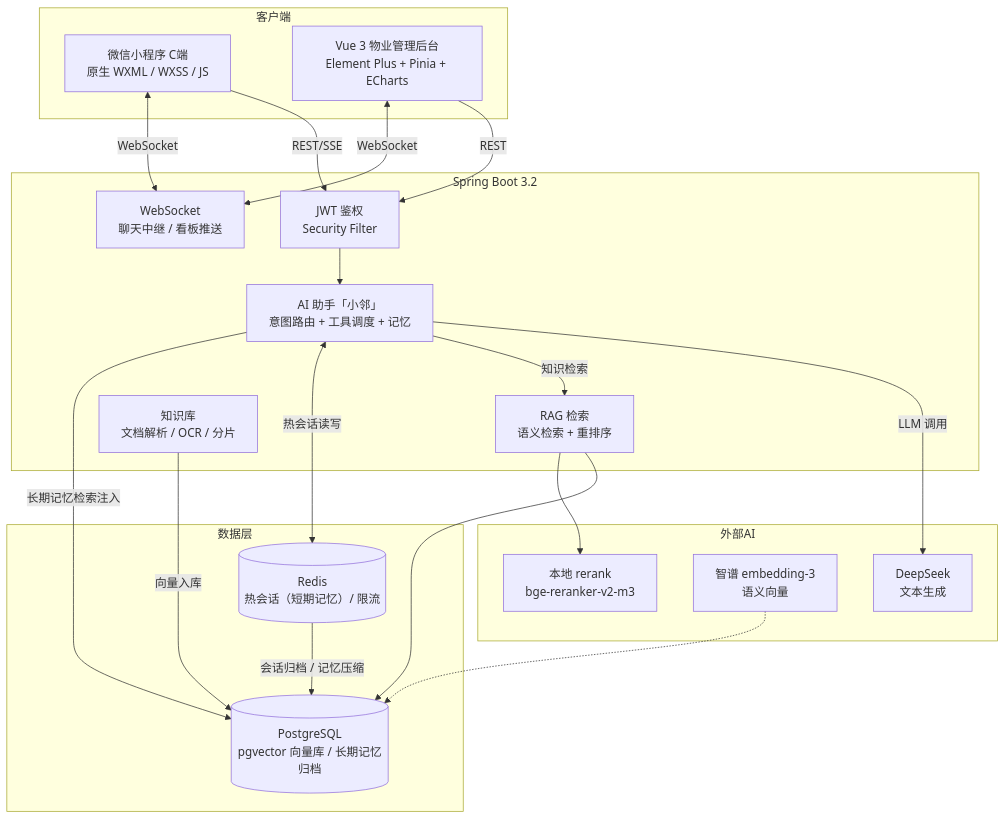
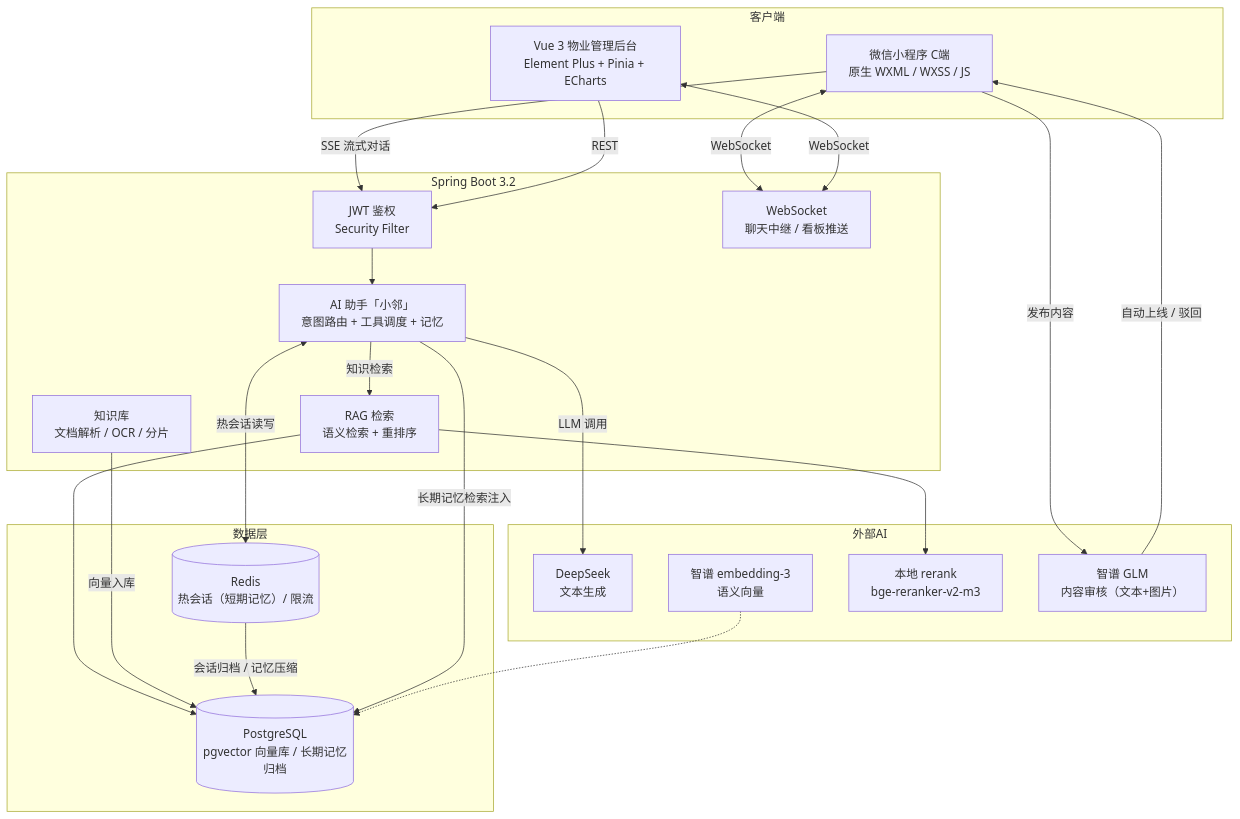
One commit to Xing-yang-git/- changed the diagram in README.md. Above: the diagram before and after it, drawn with Mermaid.

Commit message:
docs: 架构图补充内容审核链路与 SSE 流式标注

````diff
--- a/README.md
+++ b/README.md
@@ -17,41 +17,44 @@
 ```mermaid
 graph TB
     subgraph 客户端
         C["微信小程序 C端<br/>原生 WXML / WXSS / JS"]
         B["Vue 3 物业管理后台<br/>Element Plus + Pinia + ECharts"]
     end
 
     subgraph 后端 [Spring Boot 3.2]
         AUTH["JWT 鉴权<br/>Security Filter"]
         WS["WebSocket<br/>聊天中继 / 看板推送"]
         AGENT["AI 助手「小邻」<br/>意图路由 + 工具调度 + 记忆"]
         RAG["RAG 检索<br/>语义检索 + 重排序"]
         KB["知识库<br/>文档解析 / OCR / 分片"]
     end
 
     subgraph 数据层
         PG[("PostgreSQL<br/>pgvector 向量库 / 长期记忆归档")]
         REDIS[("Redis<br/>热会话（短期记忆）/ 限流")]
     end
 
     subgraph 外部AI
         LLM["DeepSeek<br/>文本生成"]
         EMB["智谱 embedding-3<br/>语义向量"]
         RERANK["本地 rerank<br/>bge-reranker-v2-m3"]
+        AUDIT["智谱 GLM<br/>内容审核（文本+图片）"]
     end
 
-    C -->|REST/SSE| AUTH
+    C -->|SSE 流式对话| AUTH
     B -->|REST| AUTH
     C <-->|WebSocket| WS
     B <-->|WebSocket| WS
     AUTH --> AGENT
     AGENT -->|LLM 调用| LLM
     AGENT -->|知识检索| RAG
     RAG --> PG
     RAG --> RERANK
     KB -->|向量入库| PG
     AGENT <-->|热会话读写| REDIS
     REDIS -->|会话归档 / 记忆压缩| PG
     AGENT -->|长期记忆检索注入| PG
+    C -->|发布内容| AUDIT
+    AUDIT -->|自动上线 / 驳回| C
     EMB -.-> PG
 ```
````
